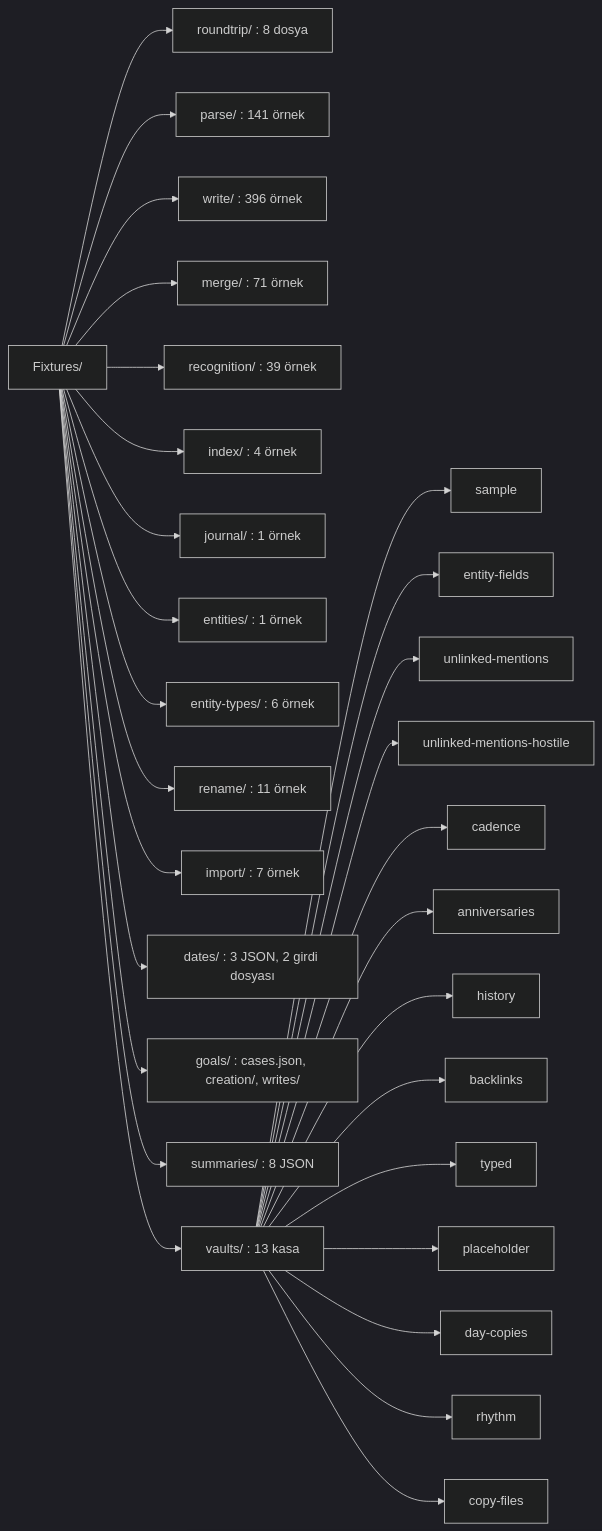
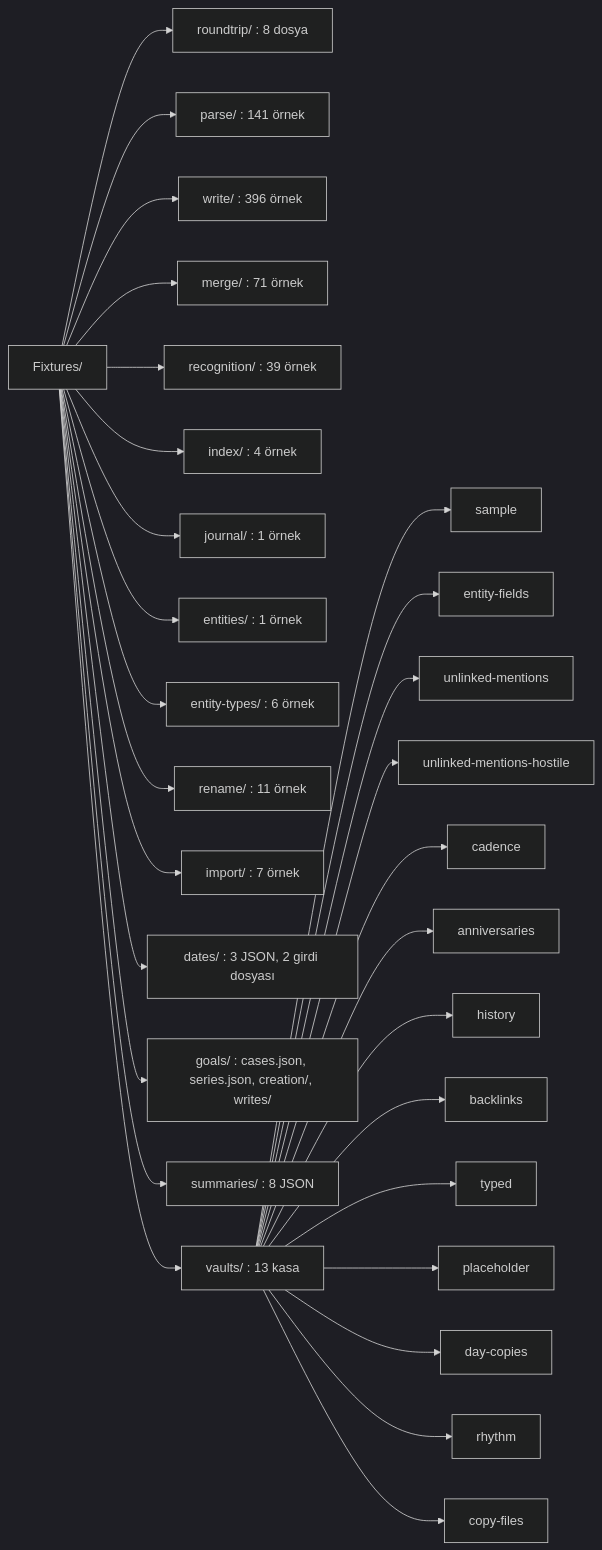
The first of 11 diagrams in docs/fixtures.md (dogancanyildiz/kenet), drawn with Mermaid (dark theme) before and after one commit. The commit also changed other lines of this file and 22 other files, not shown here.

````diff
--- a/docs/fixtures.md
+++ b/docs/fixtures.md
@@ -15,32 +15,32 @@
 ```mermaid
 flowchart LR
   F["Fixtures/"]
   F --> RT["roundtrip/ : 8 dosya"]
   F --> PA["parse/ : 141 örnek"]
   F --> WR["write/ : 396 örnek"]
   F --> ME["merge/ : 71 örnek"]
   F --> RE["recognition/ : 39 örnek"]
   F --> IX["index/ : 4 örnek"]
   F --> JO["journal/ : 1 örnek"]
   F --> EN["entities/ : 1 örnek"]
   F --> ET["entity-types/ : 6 örnek"]
   F --> RN["rename/ : 11 örnek"]
   F --> IM["import/ : 7 örnek"]
   F --> DA["dates/ : 3 JSON, 2 girdi dosyası"]
-  F --> GO["goals/ : cases.json, creation/, writes/"]
+  F --> GO["goals/ : cases.json, series.json, creation/, writes/"]
   F --> SU["summaries/ : 8 JSON"]
   F --> VA["vaults/ : 13 kasa"]
   VA --> V1["sample"]
   VA --> V2["entity-fields"]
   VA --> V3["unlinked-mentions"]
   VA --> V4["unlinked-mentions-hostile"]
   VA --> V5["cadence"]
   VA --> V6["anniversaries"]
   VA --> V7["history"]
   VA --> V8["backlinks"]
   VA --> V9["typed"]
   VA --> V10["placeholder"]
   VA --> V11["day-copies"]
   VA --> V12["rhythm"]
   VA --> V13["copy-files"]
 ```
````
